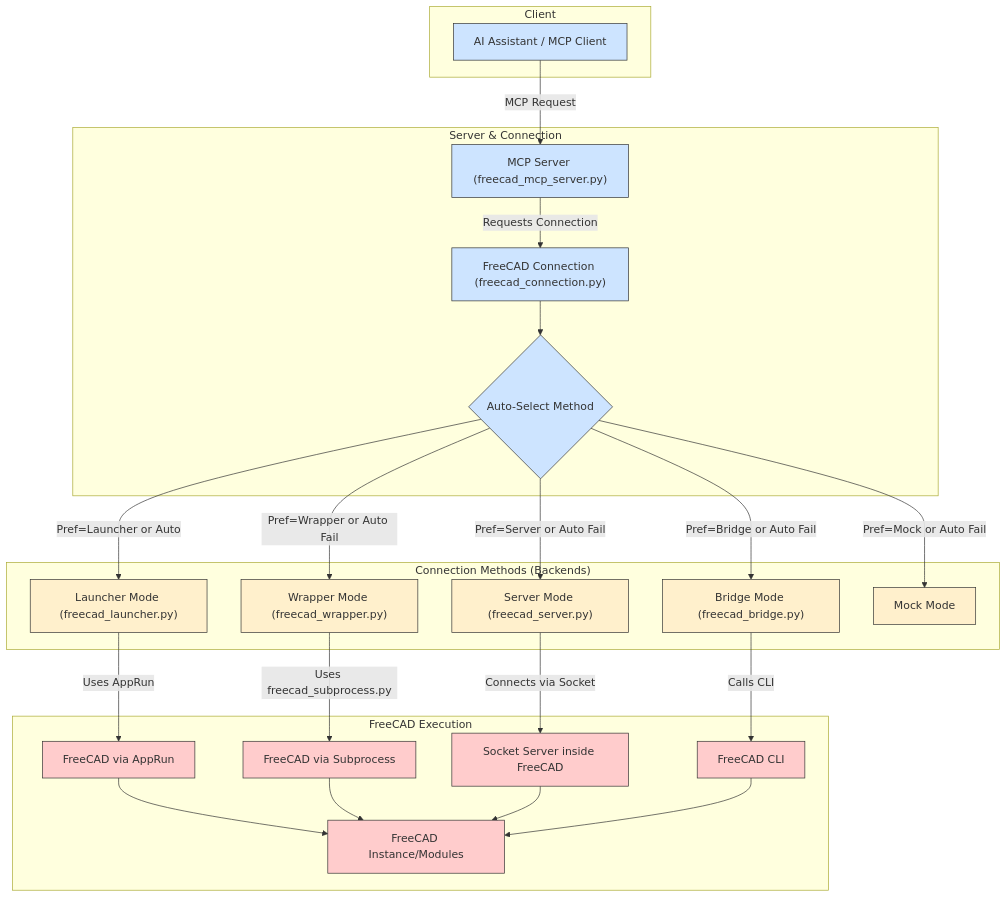
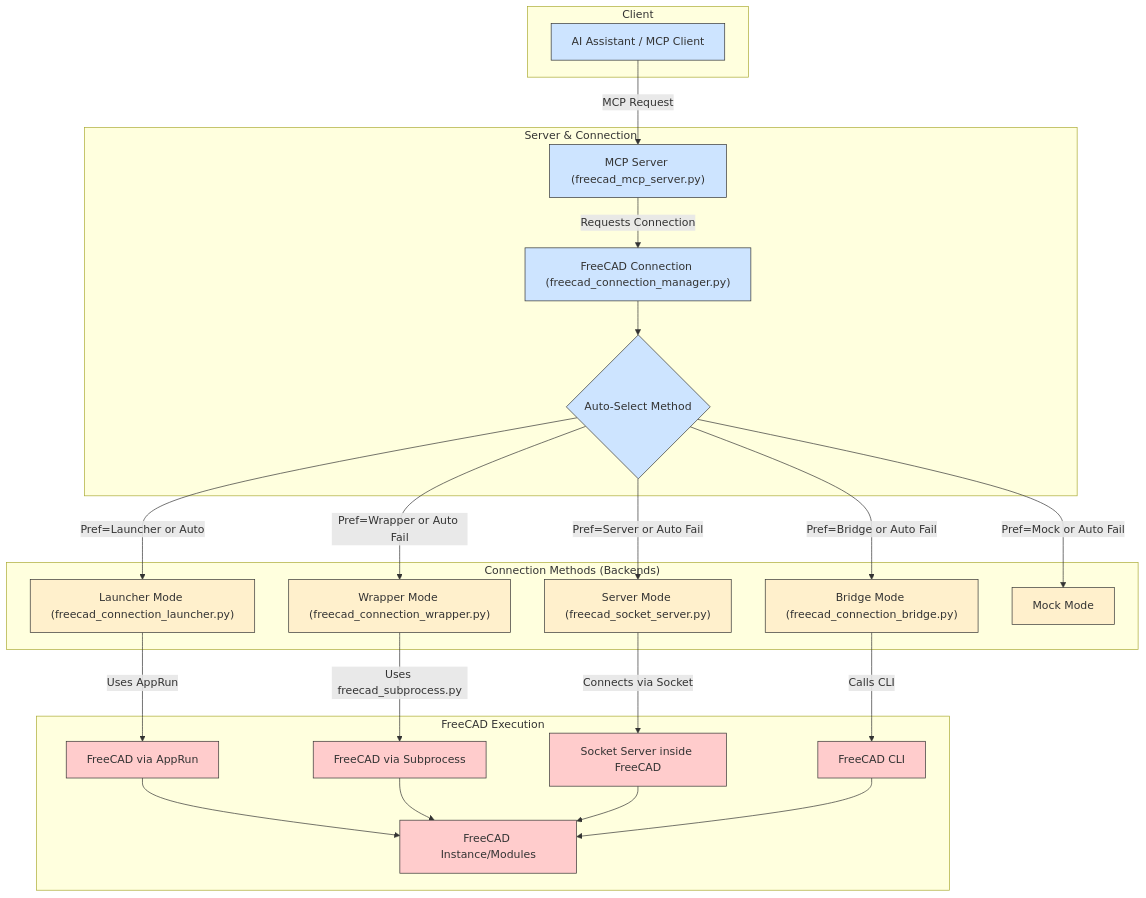
Before and after one commit to jango-blockchained/mcp-freecad: the diagram in README.md, drawn with Mermaid. The commit also changed other lines of this file and 44 other files, not shown here.

First line of the commit message:
Refactor FreeCAD connection handling and update script references

````diff
--- a/README.md
+++ b/README.md
@@ -65,63 +65,63 @@
 ```mermaid
 graph TD
     subgraph "Client"
         A["AI Assistant / MCP Client"]
     end
 
     subgraph "Server & Connection"
         B["MCP Server (freecad_mcp_server.py)"]
-        C["FreeCAD Connection (freecad_connection.py)"]
+        C["FreeCAD Connection (freecad_connection_manager.py)"]
         C_Auto{"Auto-Select Method"}
     end
 
     subgraph "Connection Methods (Backends)"
-        D["Server Mode (freecad_server.py)"]
-        E["Bridge Mode (freecad_bridge.py)"]
-        F["Wrapper Mode (freecad_wrapper.py)"]
-        L["Launcher Mode (freecad_launcher.py)"]
+        D["Server Mode (freecad_socket_server.py)"]
+        E["Bridge Mode (freecad_connection_bridge.py)"]
+        F["Wrapper Mode (freecad_connection_wrapper.py)"]
+        L["Launcher Mode (freecad_connection_launcher.py)"]
         M["Mock Mode"]
     end
 
     subgraph "FreeCAD Execution"
         FS["Socket Server inside FreeCAD"]
         FCLI["FreeCAD CLI"]
         FSub["FreeCAD via Subprocess"]
         FAppRun["FreeCAD via AppRun"]
         G["FreeCAD Instance/Modules"]
     end
 
     %% Client to Server
     A --> |MCP Request| B
 
     %% Server uses Connection Layer
     B --> |Requests Connection| C
 
     %% Connection Logic
     C --> C_Auto
     C_Auto -- "Pref=Launcher or Auto" --> L
     C_Auto -- "Pref=Wrapper or Auto Fail" --> F
     C_Auto -- "Pref=Server or Auto Fail" --> D
     C_Auto -- "Pref=Bridge or Auto Fail" --> E
     C_Auto -- "Pref=Mock or Auto Fail" --> M
 
     %% Backends to Execution
     L --> |"Uses AppRun"| FAppRun
     F --> |"Uses freecad_subprocess.py"| FSub
     D --> |"Connects via Socket"| FS
     E --> |"Calls CLI"| FCLI
 
     %% Execution to FreeCAD
     FAppRun --> G
     FSub --> G
     FS --> G
     FCLI --> G
 
     %% Style (Optional)
     classDef client fill:#cde4ff,stroke:#333,stroke-width:1px;
     classDef server fill:#ccffcc,stroke:#333,stroke-width:1px;
     classDef backend fill:#fff0cc,stroke:#333,stroke-width:1px;
     classDef execution fill:#ffcccc,stroke:#333,stroke-width:1px;
     class A,B,C,C_Auto client;
     class D,E,F,L,M backend;
     class FS,FCLI,FSub,FAppRun,G execution;
 ```
````
